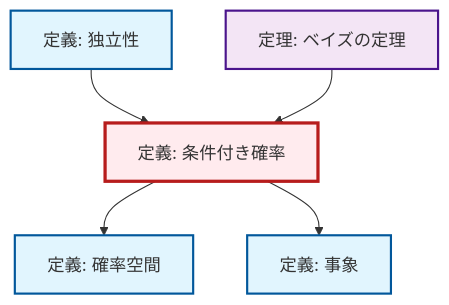
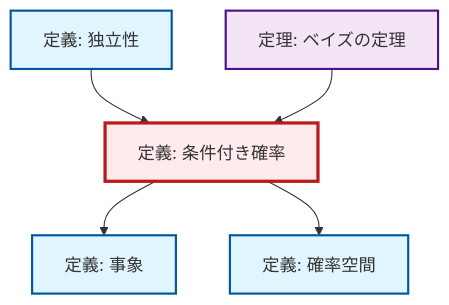
Before and after one commit to RK0429/ModernMath: the diagram in content/ja/probability-statistics/def-conditional-probability.qmd, drawn with Mermaid. The commit also changed other lines of this file and 328 other files, not shown here.

````diff
--- a/content/ja/probability-statistics/def-conditional-probability.qmd
+++ b/content/ja/probability-statistics/def-conditional-probability.qmd
@@ -70,23 +70,23 @@
 ```{mermaid}
 %%| fig-cap: "ローカル依存関係グラフ"
 graph TD
     classDef definition fill:#e1f5fe,stroke:#01579b,stroke-width:2px
     classDef theorem fill:#f3e5f5,stroke:#4a148c,stroke-width:2px
     classDef axiom fill:#fff3e0,stroke:#e65100,stroke-width:2px
     classDef example fill:#e8f5e9,stroke:#1b5e20,stroke-width:2px
     classDef current fill:#ffebee,stroke:#b71c1c,stroke-width:3px
+    def-independence["定義: 独立性"]:::definition
     thm-bayes["定理: ベイズの定理"]:::theorem
     def-probability-space["定義: 確率空間"]:::definition
-    def-independence["定義: 独立性"]:::definition
+    def-conditional-probability["定義: 条件付き確率"]:::definition
     def-event["定義: 事象"]:::definition
-    def-conditional-probability["定義: 条件付き確率"]:::definition
+    def-independence --> def-conditional-probability
+    thm-bayes --> def-conditional-probability
+    def-conditional-probability --> def-event
     def-conditional-probability --> def-probability-space
-    def-independence --> def-conditional-probability
-    def-conditional-probability --> def-event
-    thm-bayes --> def-conditional-probability
     class def-conditional-probability current
+    click def-independence "def-independence.html" "独立性の定義へ"
     click thm-bayes "thm-bayes.html" "ベイズの定理の定理へ"
     click def-probability-space "def-probability-space.html" "確率空間の定義へ"
-    click def-independence "def-independence.html" "独立性の定義へ"
     click def-event "def-event.html" "事象の定義へ"
 ```
````
